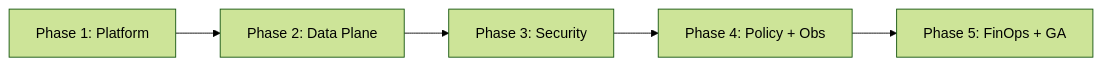
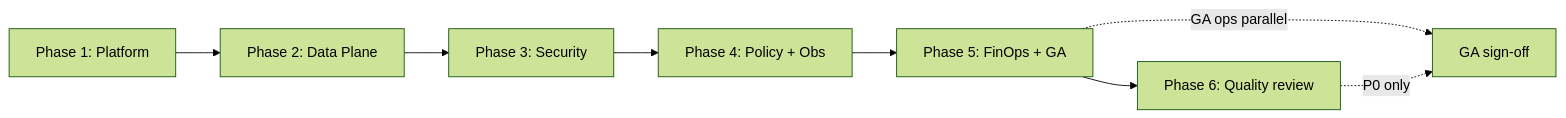
One commit to sadeghhp/33pol changed the diagram in docs/implementation-plan/04-phase-overview.md. Above: the diagram before and after it, drawn with Mermaid (forest theme). The commit also changed other lines of this file and 34 other files, not shown here.

````diff
--- a/docs/implementation-plan/04-phase-overview.md
+++ b/docs/implementation-plan/04-phase-overview.md
@@ -15,13 +15,17 @@
 ```mermaid
 flowchart LR
   P1[Phase 1: Platform]
   P2[Phase 2: Data Plane]
   P3[Phase 3: Security]
   P4[Phase 4: Policy + Obs]
   P5[Phase 5: FinOps + GA]
+  P6[Phase 6: Quality review]
 
   P1 --> P2
   P2 --> P3
   P3 --> P4
   P4 --> P5
+  P5 --> P6
+  P5 -.->|GA ops parallel| GA[GA sign-off]
+  P6 -.->|P0 only| GA
 ```
````
